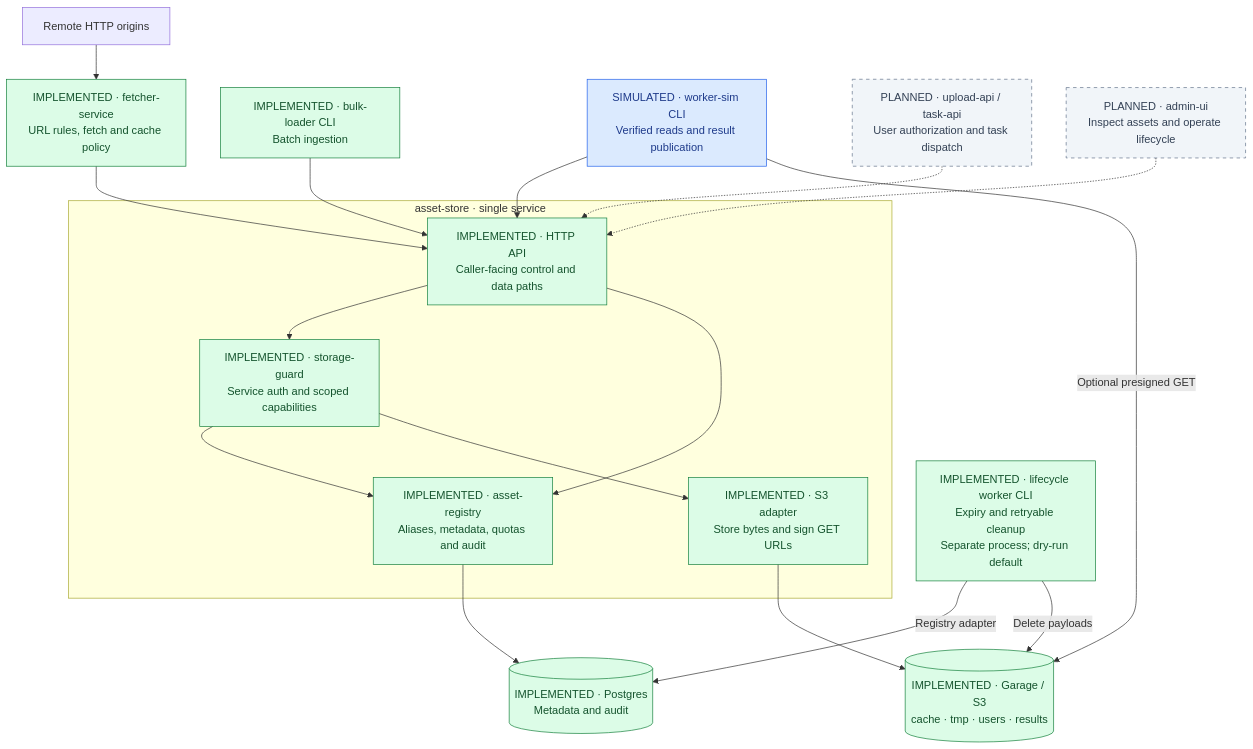
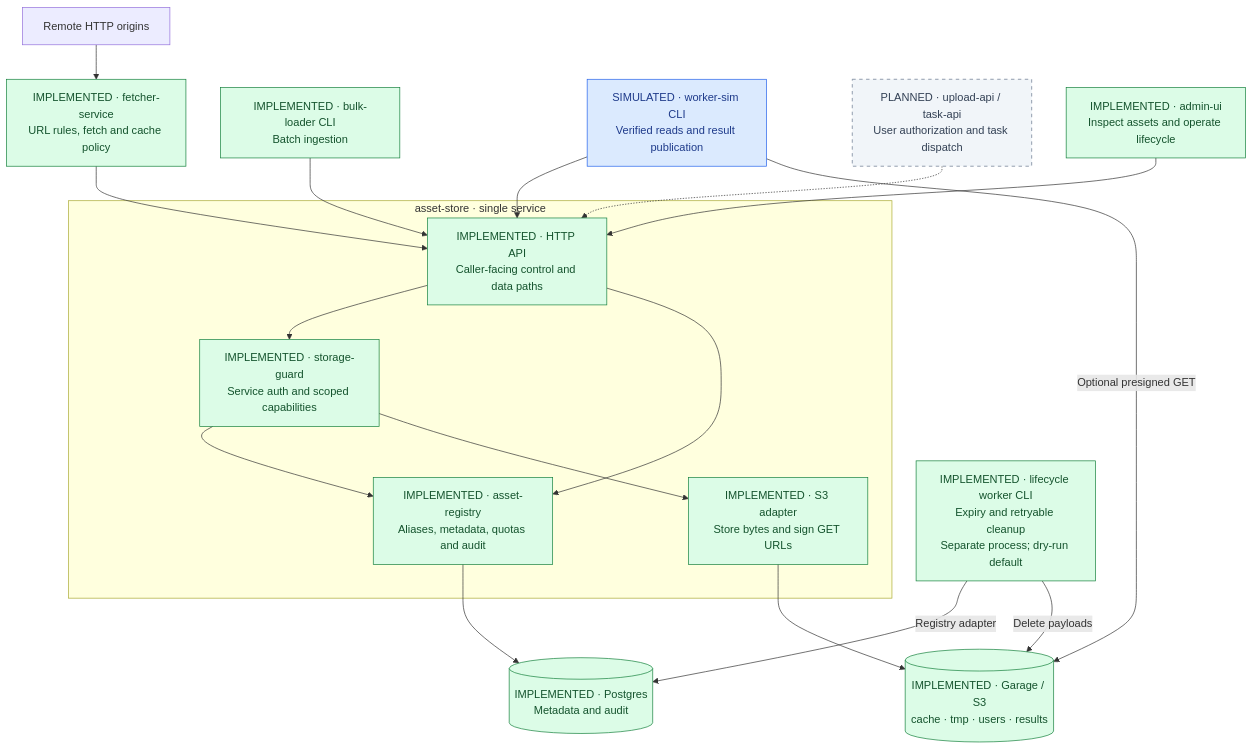
One commit to mezanno/prototype_cache changed the first of 2 diagrams in docs/OVERVIEW.md. Above: the diagram before and after it, drawn with Mermaid. The commit also changed other lines of this file and 26 other files, not shown here.

Commit message:
feat(admin): implement B-013 operator console and API

````diff
--- a/docs/OVERVIEW.md
+++ b/docs/OVERVIEW.md
@@ -20,43 +20,43 @@
 ```mermaid
 flowchart TB
     origin["Remote HTTP origins"]
     fetch["IMPLEMENTED · fetcher-service<br/>URL rules, fetch and cache policy"]
     bulk["IMPLEMENTED · bulk-loader CLI<br/>Batch ingestion"]
     worker["SIMULATED · worker-sim CLI<br/>Verified reads and result publication"]
     edge["PLANNED · upload-api / task-api<br/>User authorization and task dispatch"]
-    admin["PLANNED · admin-ui<br/>Inspect assets and operate lifecycle"]
+    admin["IMPLEMENTED · admin-ui<br/>Inspect assets and operate lifecycle"]
 
     subgraph service["asset-store · single service"]
         api["IMPLEMENTED · HTTP API<br/>Caller-facing control and data paths"]
         guard["IMPLEMENTED · storage-guard<br/>Service auth and scoped capabilities"]
         registry["IMPLEMENTED · asset-registry<br/>Aliases, metadata, quotas and audit"]
         adapter["IMPLEMENTED · S3 adapter<br/>Store bytes and sign GET URLs"]
         api --> guard
         guard --> registry
         guard --> adapter
         api --> registry
     end
 
     pg[("IMPLEMENTED · Postgres<br/>Metadata and audit")]
     s3[("IMPLEMENTED · Garage / S3<br/>cache · tmp · users · results")]
     gc["IMPLEMENTED · lifecycle worker CLI<br/>Expiry and retryable cleanup<br/>Separate process; dry-run default"]
 
     origin --> fetch
     fetch --> api
     bulk --> api
     worker --> api
     edge -.-> api
-    admin -.-> api
+    admin --> api
     registry --> pg
     adapter --> s3
     worker -->|"Optional presigned GET"| s3
     gc -->|"Registry adapter"| pg
     gc -->|"Delete payloads"| s3
 
     classDef done fill:#dcfce7,stroke:#15803d,color:#14532d
     classDef simulated fill:#dbeafe,stroke:#2563eb,color:#1e3a8a
     classDef planned fill:#f1f5f9,stroke:#64748b,color:#334155,stroke-dasharray:5 5
-    class fetch,bulk,api,guard,registry,adapter,pg,s3,gc done
+    class fetch,bulk,api,guard,registry,adapter,pg,s3,gc,admin done
     class worker simulated
-    class edge,admin planned
+    class edge planned
 ```
````
